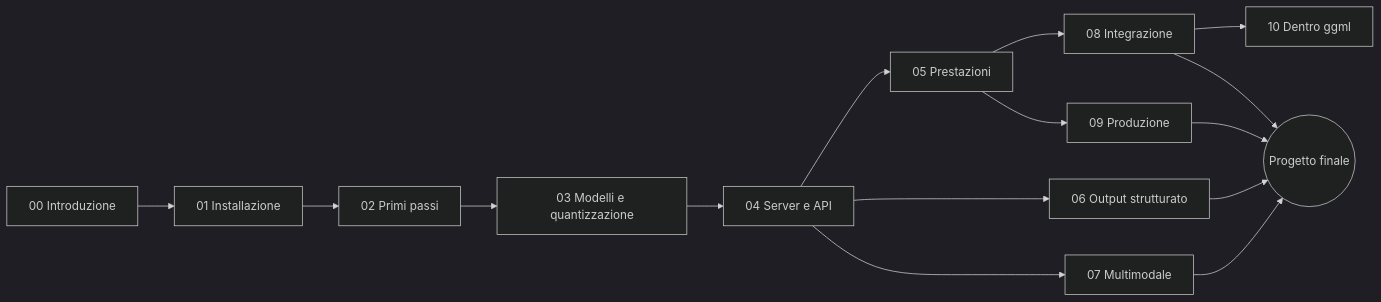
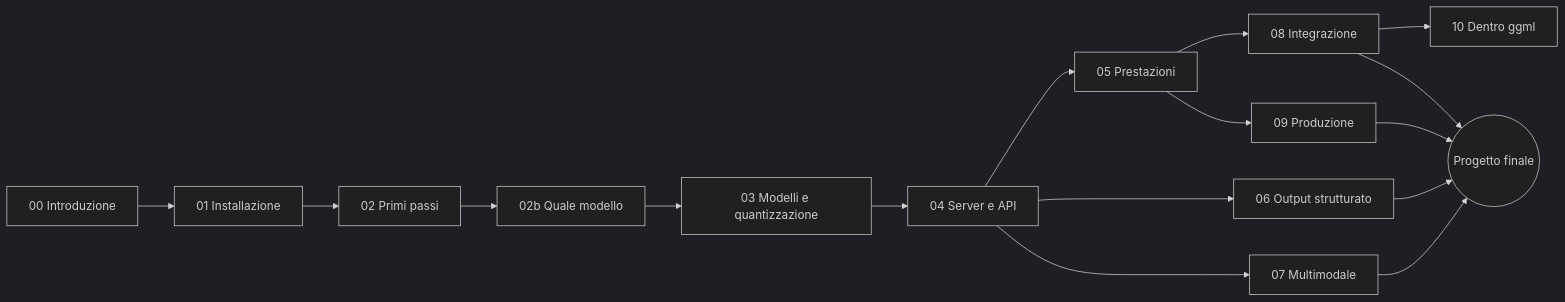
The diagram in corso/index.md (JoeBosi/llama-cpp-course), drawn with Mermaid (dark theme) before and after one commit. The commit also changed other lines of this file and 5 other files, not shown here.

````diff
--- a/corso/index.md
+++ b/corso/index.md
@@ -14,14 +14,14 @@
 ```mermaid
 flowchart LR
-    A[00 Introduzione] --> B[01 Installazione] --> C[02 Primi passi] --> D[03 Modelli e quantizzazione] --> E[04 Server e API]
+    A[00 Introduzione] --> B[01 Installazione] --> C[02 Primi passi] --> C2[02b Quale modello] --> D[03 Modelli e quantizzazione] --> E[04 Server e API]
     E --> F[05 Prestazioni]
     E --> G[06 Output strutturato]
     E --> H[07 Multimodale]
     F --> I[08 Integrazione]
     F --> J[09 Produzione]
     I --> K[10 Dentro ggml]
     J --> P((Progetto finale))
     I --> P
     G --> P
     H --> P
 ```
````
